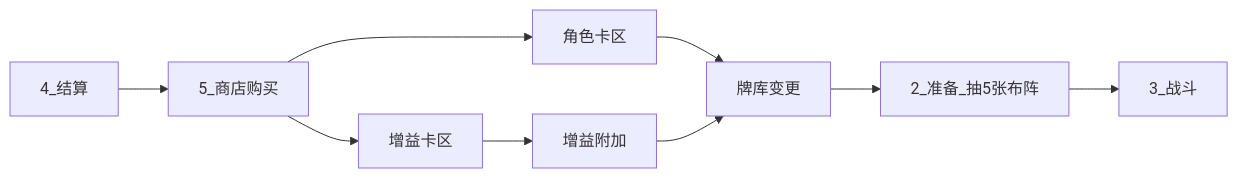
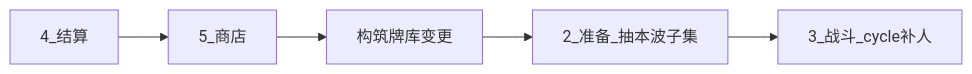
The first of 2 diagrams in Documents/SHOP_SYSTEM.md (Kanerickyz/Godot-Project---Clash-royale-like-Game), drawn with Mermaid before and after one commit. The commit also changed other lines of this file and 10 other files, not shown here.

````diff
--- a/Documents/SHOP_SYSTEM.md
+++ b/Documents/SHOP_SYSTEM.md
@@ -31,11 +29,7 @@
 ```mermaid
 flowchart LR
-    resolve[4_结算] --> shopBuy[5_商店购买]
-    shopBuy --> charBuy[角色卡区]
-    shopBuy --> buffBuy[增益卡区]
-    charBuy --> deckMutate[牌库变更]
-    buffBuy --> attachUI[增益附加]
-    attachUI --> deckMutate
-    deckMutate --> prepareDraw[2_准备_抽5张布阵]
-    prepareDraw --> combat[3_战斗]
+    resolve[4_结算] --> shopBuy[5_商店]
+    shopBuy --> deckMutate[构筑牌库变更]
+    deckMutate --> prepareDraw[2_准备_抽本波子集]
+    prepareDraw --> combat[3_战斗_cycle补人]
 ```
````
